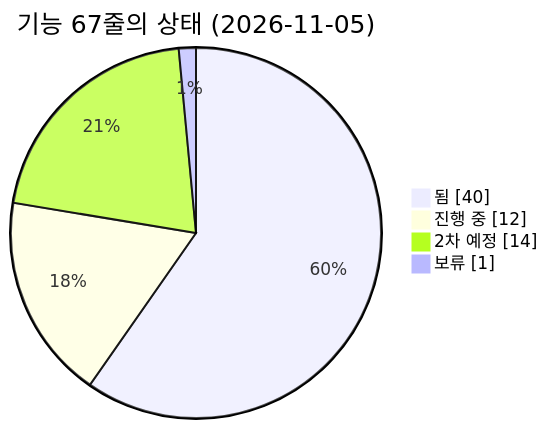
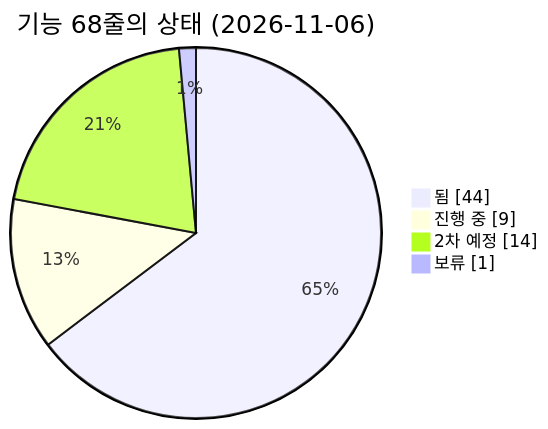
Before and after one commit to agent-ddalgi-team/final-geosan: the first of 3 diagrams in docs/map/feature-map.md, drawn with Mermaid. The commit also changed other lines of this file, not shown here.

````diff
--- a/docs/map/feature-map.md
+++ b/docs/map/feature-map.md
@@ -31,8 +31,8 @@
 ```mermaid
 pie showData
-    title 기능 67줄의 상태 (2026-11-05)
-    "됨" : 40
-    "진행 중" : 12
+    title 기능 68줄의 상태 (2026-11-06)
+    "됨" : 44
+    "진행 중" : 9
     "2차 예정" : 14
     "보류" : 1
 ```
````
